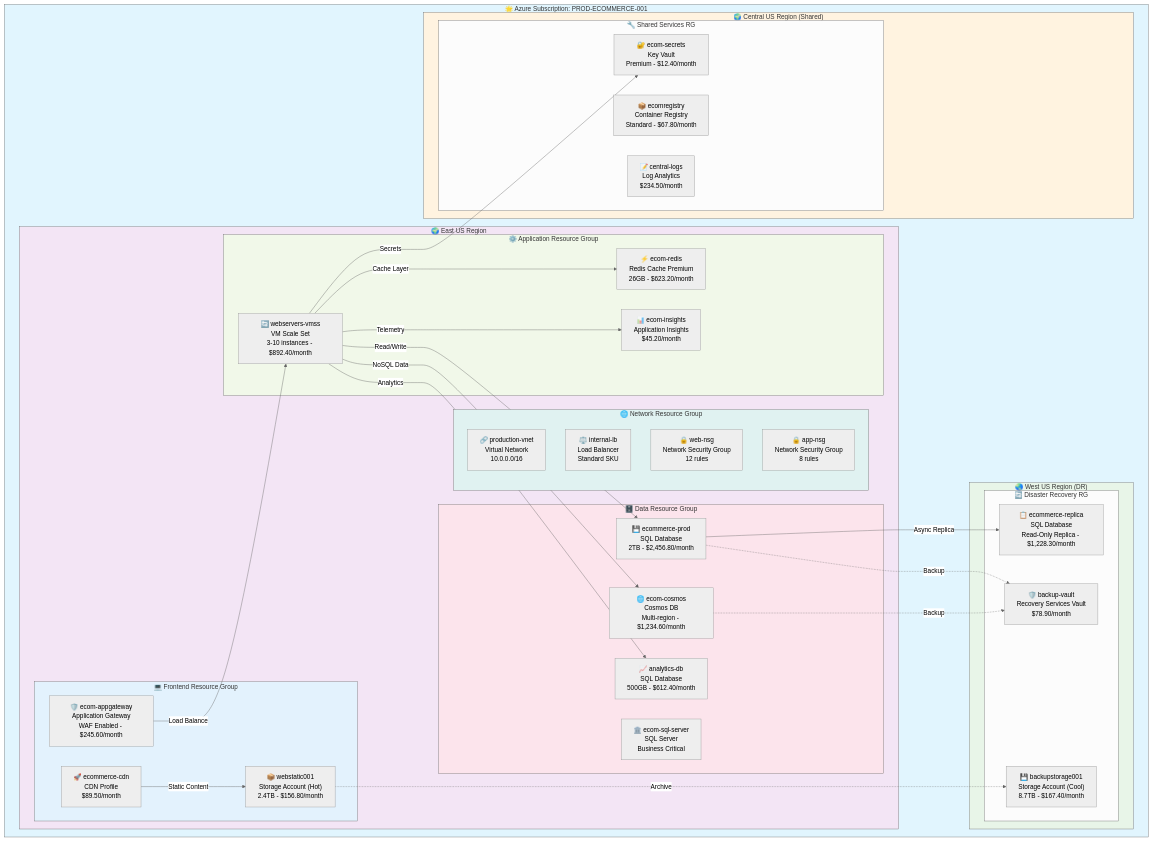
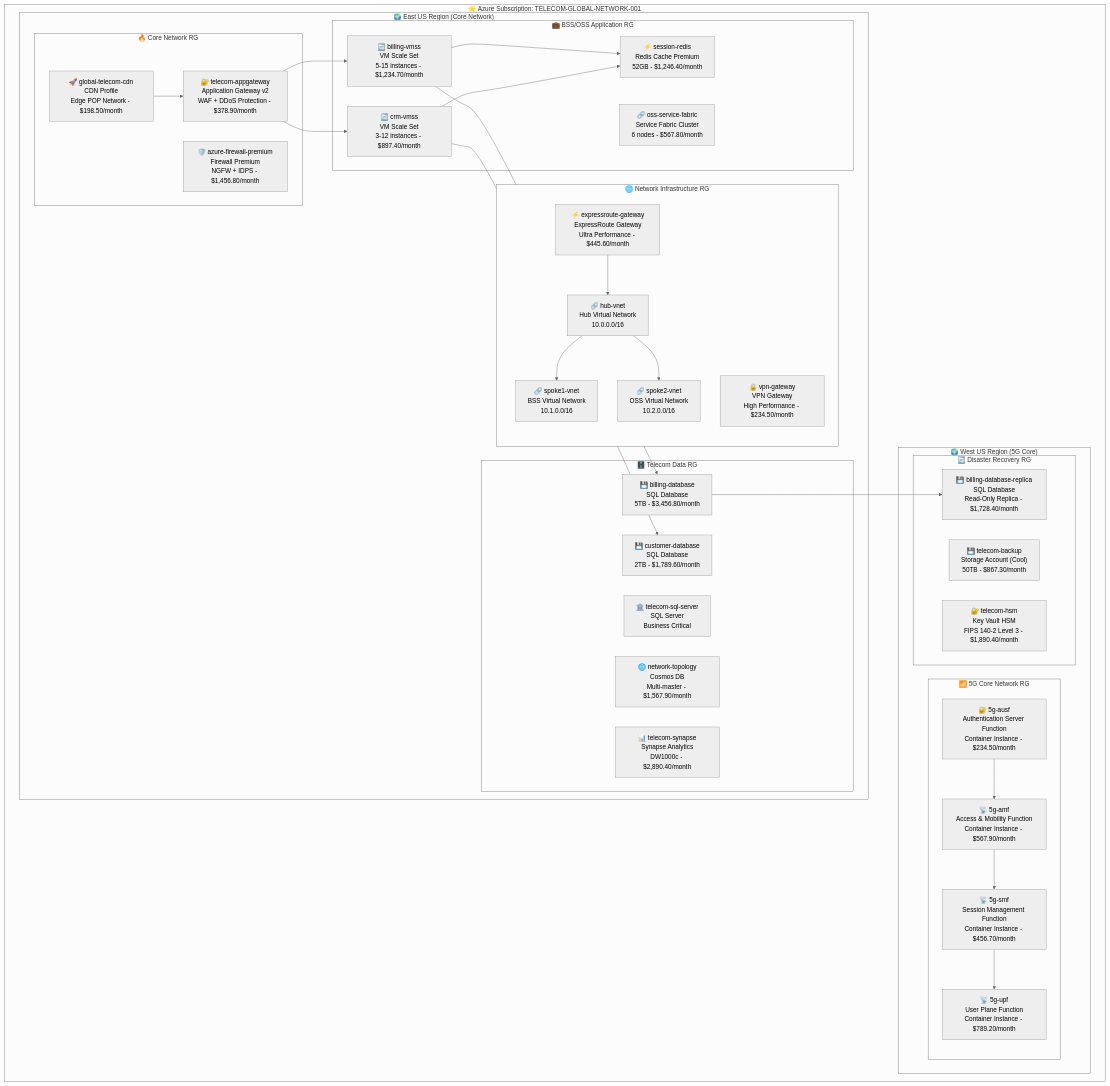
Before and after one commit to navidrast/cloudviz: the first of 3 diagrams in README.md, drawn with Mermaid (neutral theme). The commit also changed other lines of this file, not shown here.

````diff
--- a/README.md
+++ b/README.md
@@ -17,75 +17,68 @@
 ```mermaid
 %% CloudViz Auto-Generated Infrastructure Diagram
-%% Scan Date: 2025-09-19 | Resources: 24 | Regions: 3 | Monthly Cost: $8,967.20
+%% Scan Date: 2025-09-20 | Resources: 28 | Regions: 4 | Monthly Cost: $11,245.60
 flowchart TD
-    subgraph azure["🌟 Azure Subscription: PROD-ECOMMERCE-001"]
-        subgraph eastus["🌍 East US Region"]
-            subgraph frontend_rg["💻 Frontend Resource Group"]
-                cdn["🚀 ecommerce-cdn<br/>CDN Profile<br/>$89.50/month"]
-                storage_web["📦 webstatic001<br/>Storage Account (Hot)<br/>2.4TB - $156.80/month"]
-                appgw["🛡️ ecom-appgateway<br/>Application Gateway<br/>WAF Enabled - $245.60/month"]
+    subgraph azure["🌟 Azure Subscription: TELECOM-GLOBAL-NETWORK-001"]
+        subgraph eastus["🌍 East US Region (Core Network)"]
+            subgraph core_rg["🔥 Core Network RG"]
+                cdn["🚀 global-telecom-cdn<br/>CDN Profile<br/>Edge POP Network - $198.50/month"]
+                firewall["🛡️ azure-firewall-premium<br/>Firewall Premium<br/>NGFW + IDPS - $1,456.80/month"]
+                appgw["🔐 telecom-appgateway<br/>Application Gateway v2<br/>WAF + DDoS Protection - $378.90/month"]
             end
             
-            subgraph app_rg["⚙️ Application Resource Group"]
-                vmss["🔄 webservers-vmss<br/>VM Scale Set<br/>3-10 instances - $892.40/month"]
-                redis["⚡ ecom-redis<br/>Redis Cache Premium<br/>26GB - $623.20/month"]
-                appinsights["📊 ecom-insights<br/>Application Insights<br/>$45.20/month"]
+            subgraph bss_rg["💼 BSS/OSS Application RG"]
+                vmss_billing["🔄 billing-vmss<br/>VM Scale Set<br/>5-15 instances - $1,234.70/month"]
+                vmss_crm["🔄 crm-vmss<br/>VM Scale Set<br/>3-12 instances - $897.40/month"]
+                redis_session["⚡ session-redis<br/>Redis Cache Premium<br/>52GB - $1,246.40/month"]
+                service_fabric["🔗 oss-service-fabric<br/>Service Fabric Cluster<br/>6 nodes - $567.80/month"]
             end
             
-            subgraph data_rg["🗄️ Data Resource Group"]
-                sqlserver["🏛️ ecom-sql-server<br/>SQL Server<br/>Business Critical"]
-                sqldb_main["💾 ecommerce-prod<br/>SQL Database<br/>2TB - $2,456.80/month"]
-                sqldb_analytics["📈 analytics-db<br/>SQL Database<br/>500GB - $612.40/month"]
-                cosmos["🌐 ecom-cosmos<br/>Cosmos DB<br/>Multi-region - $1,234.60/month"]
+            subgraph data_rg["🗄️ Telecom Data RG"]
+                sqlserver["🏛️ telecom-sql-server<br/>SQL Server<br/>Business Critical"]
+                sqldb_billing["💾 billing-database<br/>SQL Database<br/>5TB - $3,456.80/month"]
+                sqldb_customer["💾 customer-database<br/>SQL Database<br/>2TB - $1,789.60/month"]
+                cosmos_network["🌐 network-topology<br/>Cosmos DB<br/>Multi-master - $1,567.90/month"]
+                synapse["📊 telecom-synapse<br/>Synapse Analytics<br/>DW1000c - $2,890.40/month"]
             end
             
-            subgraph network_rg["🌐 Network Resource Group"]
-                vnet["🔗 production-vnet<br/>Virtual Network<br/>10.0.0.0/16"]
-                lb_internal["⚖️ internal-lb<br/>Load Balancer<br/>Standard SKU"]
-                nsg_web["🔒 web-nsg<br/>Network Security Group<br/>12 rules"]
-                nsg_app["🔒 app-nsg<br/>Network Security Group<br/>8 rules"]
+            subgraph network_rg["🌐 Network Infrastructure RG"]
+                vnet_hub["🔗 hub-vnet<br/>Hub Virtual Network<br/>10.0.0.0/16"]
+                vnet_spoke1["🔗 spoke1-vnet<br/>BSS Virtual Network<br/>10.1.0.0/16"]
+                vnet_spoke2["🔗 spoke2-vnet<br/>OSS Virtual Network<br/>10.2.0.0/16"]
+                expressroute["⚡ expressroute-gateway<br/>ExpressRoute Gateway<br/>Ultra Performance - $445.60/month"]
+                vpn_gateway["🔒 vpn-gateway<br/>VPN Gateway<br/>High Performance - $234.50/month"]
             end
         end
-        
-        subgraph westus["🌏 West US Region (DR)"]
+
+        subgraph westus["🌍 West US Region (5G Core)"]
+            subgraph fiveg_rg["📶 5G Core Network RG"]
+                amf["📡 5g-amf<br/>Access & Mobility Function<br/>Container Instance - $567.90/month"]
+                smf["📡 5g-smf<br/>Session Management Function<br/>Container Instance - $456.70/month"]
+                upf["📡 5g-upf<br/>User Plane Function<br/>Container Instance - $789.20/month"]
+                ausf["🔐 5g-ausf<br/>Authentication Server Function<br/>Container Instance - $234.50/month"]
+            end
+            
             subgraph dr_rg["🔄 Disaster Recovery RG"]
-                storage_backup["💾 backupstorage001<br/>Storage Account (Cool)<br/>8.7TB - $167.40/month"]
-                sqldb_replica["📋 ecommerce-replica<br/>SQL Database<br/>Read-Only Replica - $1,228.30/month"]
-                recovery_vault["🛡️ backup-vault<br/>Recovery Services Vault<br/>$78.90/month"]
-            end
-        end
-        
-        subgraph centralus["🌍 Central US Region (Shared)"]
-            subgraph shared_rg["🔧 Shared Services RG"]
-                keyvault["🔐 ecom-secrets<br/>Key Vault<br/>Premium - $12.40/month"]
-                acr["📦 ecomregistry<br/>Container Registry<br/>Standard - $67.80/month"]
-                loganalytics["📝 central-logs<br/>Log Analytics<br/>$234.50/month"]
+                sqldb_replica["💾 billing-database-replica<br/>SQL Database<br/>Read-Only Replica - $1,728.40/month"]
+                storage_dr["💾 telecom-backup<br/>Storage Account (Cool)<br/>50TB - $867.30/month"]
+                keyvault["🔐 telecom-hsm<br/>Key Vault HSM<br/>FIPS 140-2 Level 3 - $1,890.40/month"]
             end
         end
     end
-    
-    %% Traffic Flow
-    cdn -->|"Static Content"| storage_web
-    appgw -->|"Load Balance"| vmss
-    vmss -->|"Cache Layer"| redis
-    vmss -->|"Read/Write"| sqldb_main
-    vmss -->|"NoSQL Data"| cosmos
-    vmss -->|"Analytics"| sqldb_analytics
-    sqldb_main -->|"Async Replica"| sqldb_replica
-    vmss -->|"Telemetry"| appinsights
-    vmss -->|"Secrets"| keyvault
-    
-    %% Backup & Security
-    sqldb_main -.->|"Backup"| recovery_vault
-    cosmos -.->|"Backup"| recovery_vault
-    storage_web -.->|"Archive"| storage_backup
-    
-    style azure fill:#e1f5fe
-    style eastus fill:#f3e5f5
-    style westus fill:#e8f5e8
-    style centralus fill:#fff3e0
-    style frontend_rg fill:#e3f2fd
-    style app_rg fill:#f1f8e9
-    style data_rg fill:#fce4ec
-    style network_rg fill:#e0f2f1
+
+    %% Connections
+    cdn --> appgw
+    appgw --> vmss_billing
+    appgw --> vmss_crm
+    vmss_billing --> redis_session
+    vmss_crm --> redis_session
+    vmss_billing --> sqldb_billing
+    vmss_crm --> sqldb_customer
+    sqldb_billing --> sqldb_replica
+    expressroute --> vnet_hub
+    vnet_hub --> vnet_spoke1
+    vnet_hub --> vnet_spoke2
+    amf --> smf
+    smf --> upf
+    ausf --> amf
 ```
````
